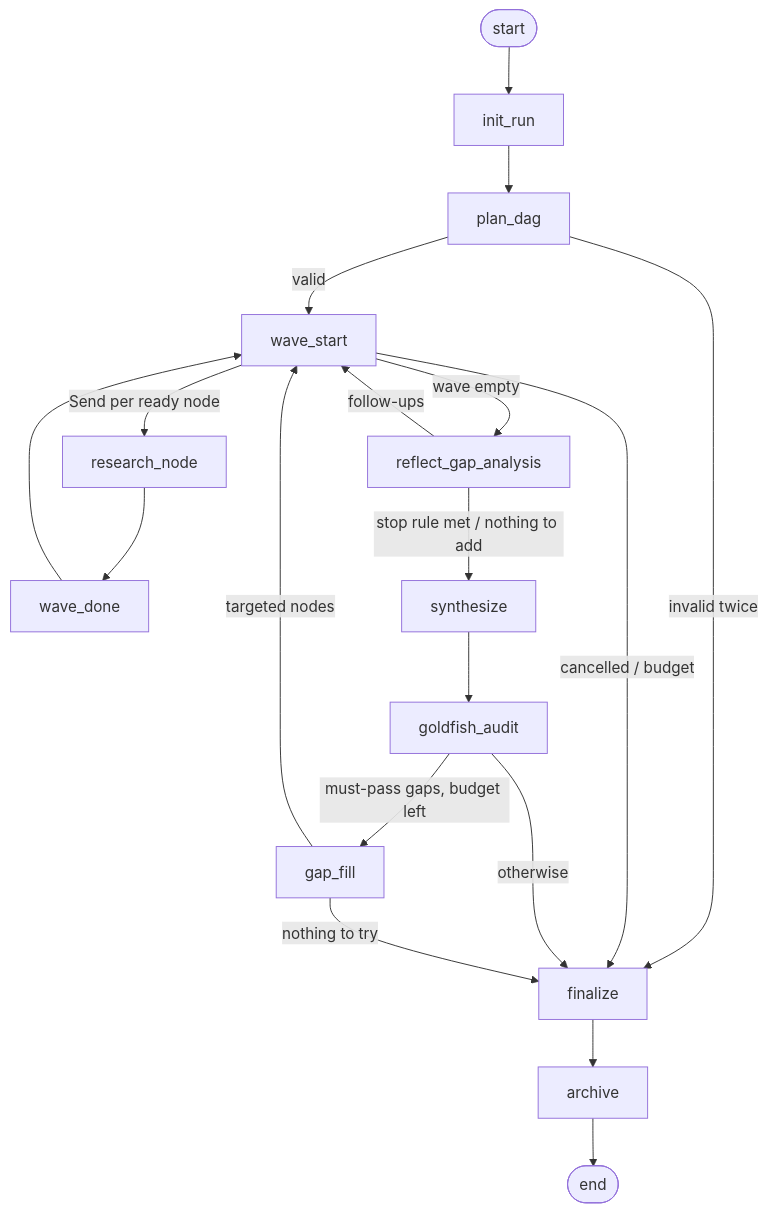
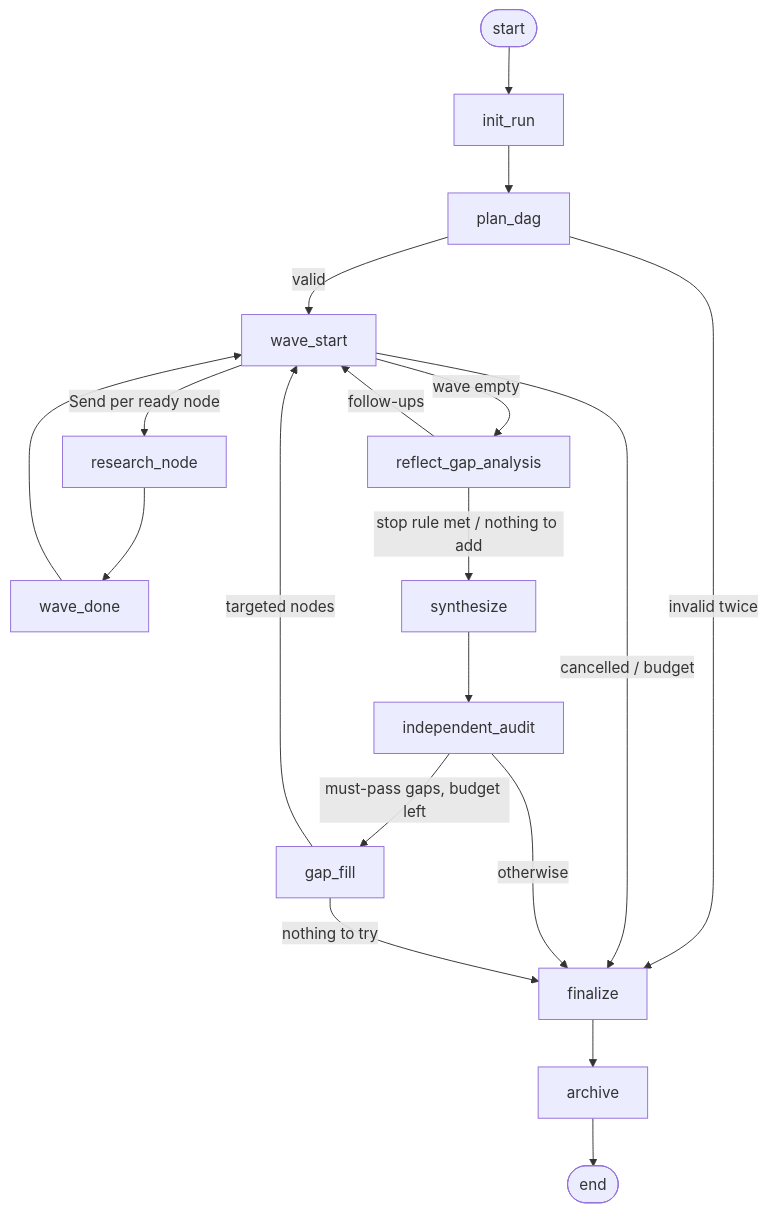
The third of 5 diagrams in src/research_agent/design_docs/architecture.md (RoboSathi/agentic-ai-series), drawn with Mermaid before and after one commit. The commit also changed other lines of this file and 161 other files, not shown here.

````diff
--- a/src/research_agent/design_docs/architecture.md
+++ b/src/research_agent/design_docs/architecture.md
@@ -72,18 +72,18 @@
 ```mermaid
 flowchart TD
     START([start]) --> init_run --> plan_dag
     plan_dag -->|valid| wave_start
     plan_dag -->|invalid twice| finalize
     wave_start -->|Send per ready node| research_node
     research_node --> wave_done --> wave_start
     wave_start -->|wave empty| reflect_gap_analysis
     wave_start -->|cancelled / budget| finalize
     reflect_gap_analysis -->|follow-ups| wave_start
     reflect_gap_analysis -->|stop rule met / nothing to add| synthesize
-    synthesize --> goldfish_audit
-    goldfish_audit -->|must-pass gaps, budget left| gap_fill
-    goldfish_audit -->|otherwise| finalize
+    synthesize --> independent_audit
+    independent_audit -->|must-pass gaps, budget left| gap_fill
+    independent_audit -->|otherwise| finalize
     gap_fill -->|targeted nodes| wave_start
     gap_fill -->|nothing to try| finalize
     finalize --> archive --> END([end])
 ```
````
